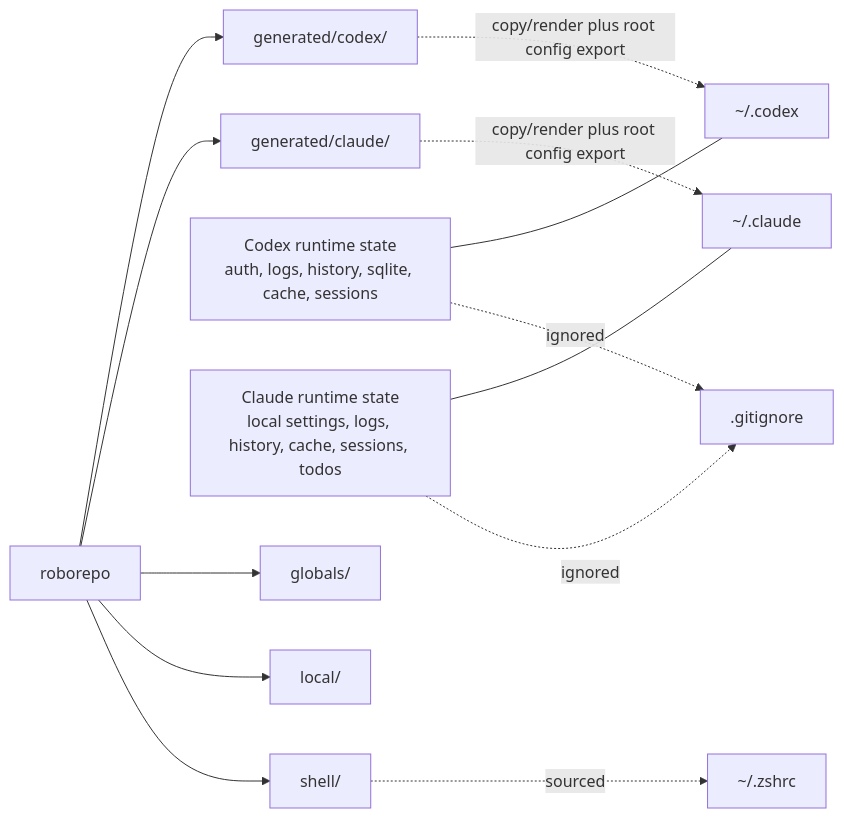
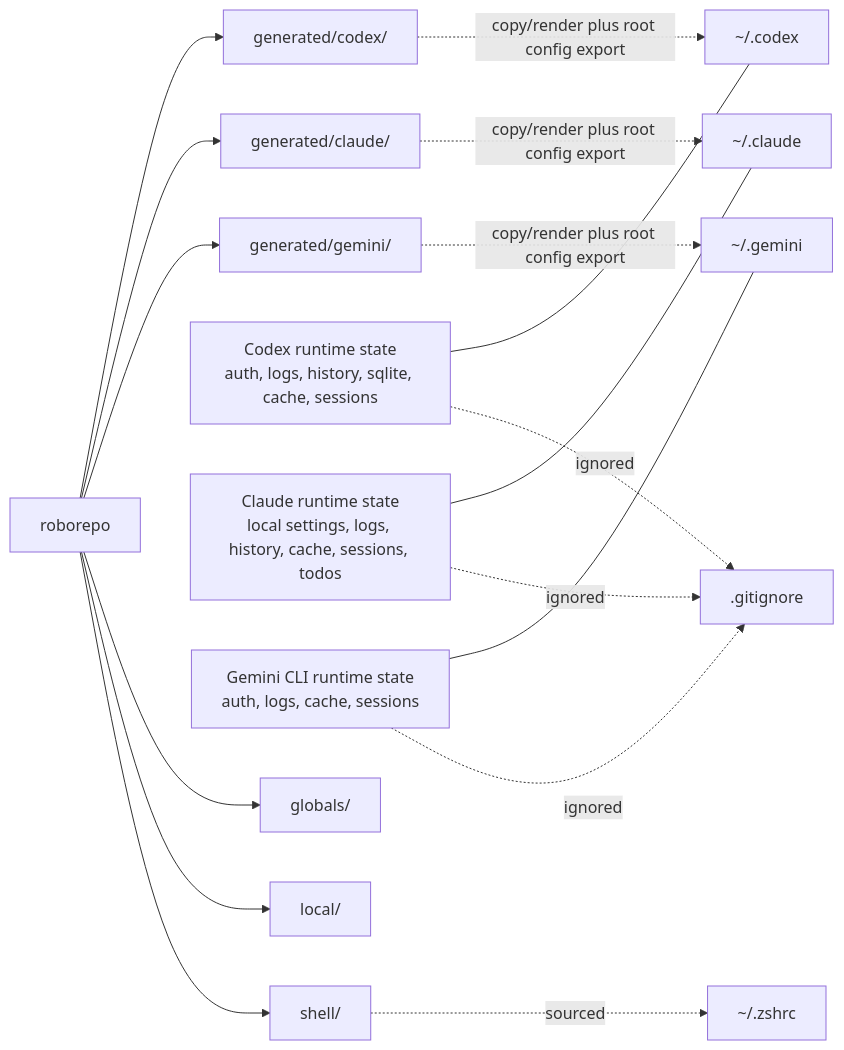
The first of 2 diagrams in docs/reference/services/architecture.md (kirinmurphy/harness_configs), drawn with Mermaid before and after one commit. The commit also changed other lines of this file and 29 other files, not shown here.

````diff
--- a/docs/reference/services/architecture.md
+++ b/docs/reference/services/architecture.md
@@ -5,31 +10,38 @@
 ```mermaid
 flowchart LR
   repo["roborepo"]
   codexGen["generated/codex/"]
   claudeGen["generated/claude/"]
+  geminiGen["generated/gemini/"]
   codexHome["~/.codex"]
   claudeHome["~/.claude"]
+  geminiHome["~/.gemini"]
   codexRuntime["Codex runtime state<br/>auth, logs, history, sqlite, cache, sessions"]
   claudeRuntime["Claude runtime state<br/>local settings, logs, history, cache, sessions, todos"]
+  geminiRuntime["Gemini CLI runtime state<br/>auth, logs, cache, sessions"]
 
   repo --> codexGen
   repo --> claudeGen
+  repo --> geminiGen
 
   codexGen -. copy/render plus root config export .-> codexHome
   claudeGen -. copy/render plus root config export .-> claudeHome
+  geminiGen -. copy/render plus root config export .-> geminiHome
 
   codexRuntime --- codexHome
   claudeRuntime --- claudeHome
+  geminiRuntime --- geminiHome
 
   codexRuntime -. ignored .-> gitignore[".gitignore"]
   claudeRuntime -. ignored .-> gitignore
+  geminiRuntime -. ignored .-> gitignore
 
   shellRepo["shell/"]
   globalsRepo["globals/"]
   localRepo["local/"]
   zshrc["~/.zshrc"]
   repo --> globalsRepo
   repo --> localRepo
   repo --> shellRepo
   shellRepo -. sourced .-> zshrc
 ```
````
